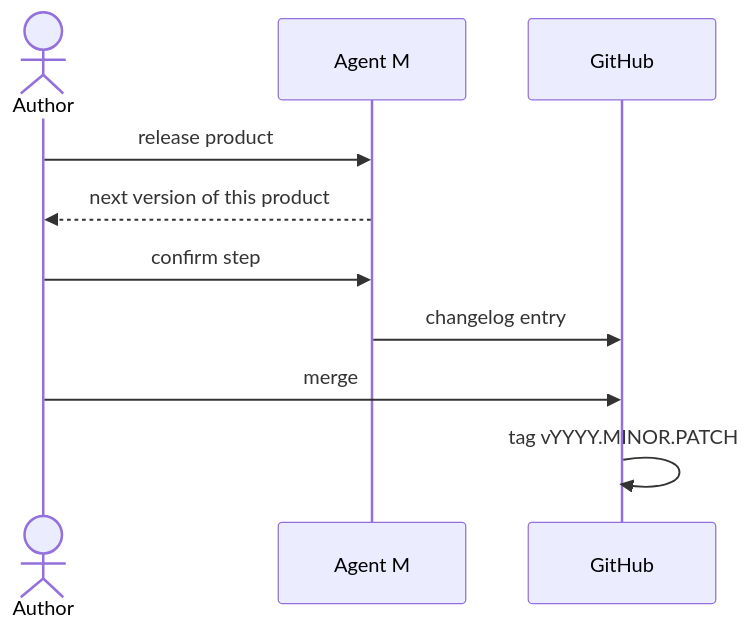
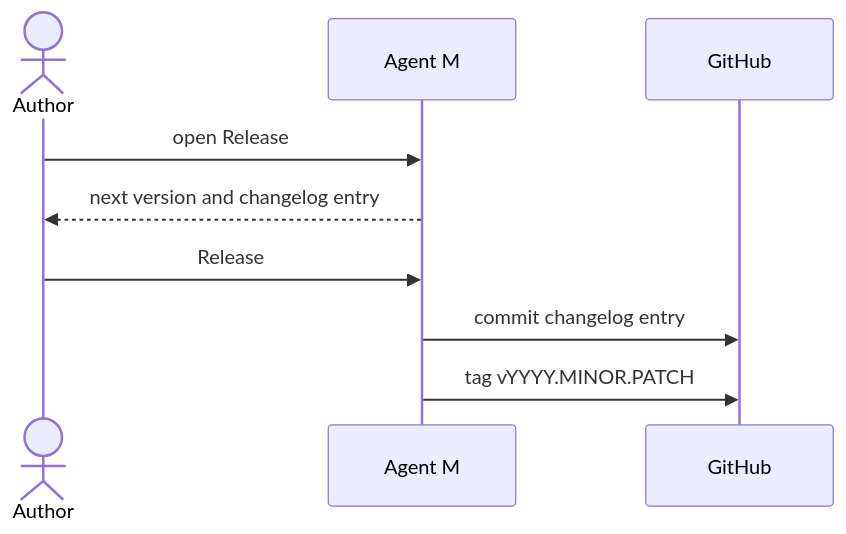
The diagram in docs/use-cases/UC-013-release-a-version.md (akmaier/agent-m), drawn with Mermaid before and after one commit. The commit also changed other lines of this file and 11 other files, not shown here.

````diff
--- a/docs/use-cases/UC-013-release-a-version.md
+++ b/docs/use-cases/UC-013-release-a-version.md
@@ -37,12 +42,11 @@
 ```mermaid
 sequenceDiagram
     actor A as Author
     participant M as Agent M
     participant G as GitHub
-    A->>M: release product
-    M-->>A: next version of this product
-    A->>M: confirm step
-    M->>G: changelog entry
-    A->>G: merge
-    G->>G: tag vYYYY.MINOR.PATCH
+    A->>M: open Release
+    M-->>A: next version and changelog entry
+    A->>M: Release
+    M->>G: commit changelog entry
+    M->>G: tag vYYYY.MINOR.PATCH
 ```
````
